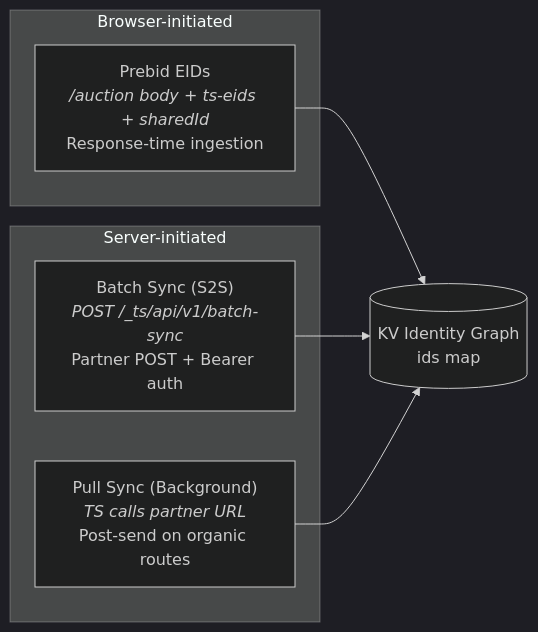
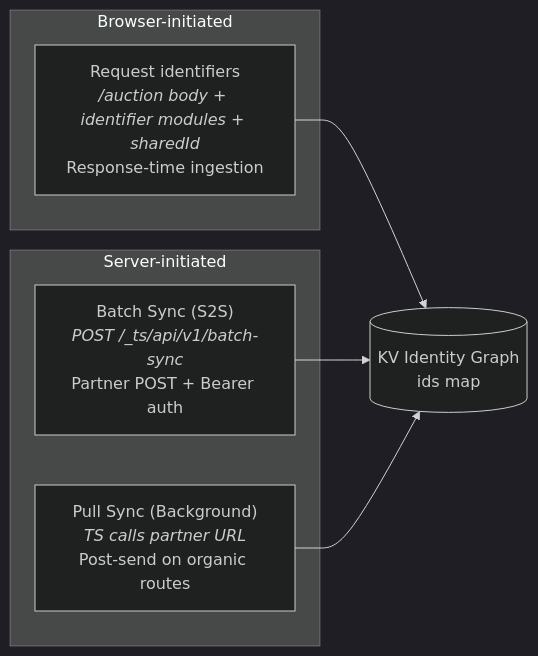
The fifth of 7 diagrams in docs/guide/edge-cookies.md (IABTechLab/trusted-server), drawn with Mermaid (dark theme) before and after one commit. The commit also changed other lines of this file and 26 other files, not shown here.

````diff
--- a/docs/guide/edge-cookies.md
+++ b/docs/guide/edge-cookies.md
@@ -157,15 +157,15 @@
 ```mermaid
 flowchart LR
     subgraph Browser-initiated
-        Prebid["Prebid EIDs<br/><i>/auction body + ts-eids + sharedId</i><br/>Response-time ingestion"]
+        Prebid["Request identifiers<br/><i>/auction body + identifier modules + sharedId</i><br/>Response-time ingestion"]
     end
 
     subgraph Server-initiated
         Batch["Batch Sync (S2S)<br/><i>POST /_ts/api/v1/batch-sync</i><br/>Partner POST + Bearer auth"]
         Pull["Pull Sync (Background)<br/><i>TS calls partner URL</i><br/>Post-send on organic routes"]
     end
 
     Prebid --> KV[(KV Identity Graph<br/>ids map)]
     Batch --> KV
     Pull --> KV
 ```
````
